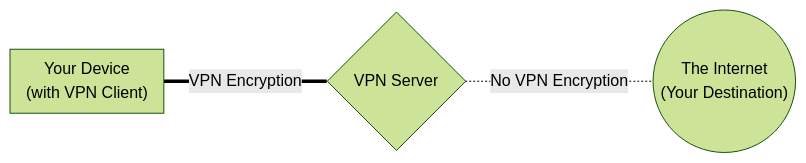
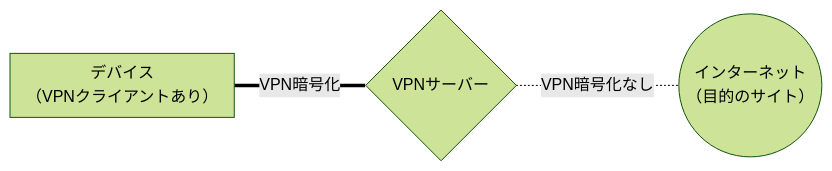
Before and after one commit to privacyguides/i18n: the diagram in i18n/ja/basics/vpn-overview.md, drawn with Mermaid (forest theme). The commit also changed other lines of this file, not shown here.

Commit message:
New Crowdin translations by GitHub Action

````diff
--- a/i18n/ja/basics/vpn-overview.md
+++ b/i18n/ja/basics/vpn-overview.md
@@ -27,7 +27,7 @@
 ``` mermaid
 flowchart LR
- 763931["Your Device<div>(with VPN Client)</div>"] ===|"VPN Encryption"| 404512{"VPN Server"}
- 404512 -.-|"No VPN Encryption"| 593753(("The Internet<div>(Your Destination)</div>"))
- subgraph 763931["Your Device<div>(with VPN Client)</div>"]
+ 763931["デバイス<div>（VPNクライアントあり）</div>"] ===|"VPN暗号化"| 404512{"VPNサーバー"}
+ 404512 -.-|"VPN暗号化なし"| 593753(("インターネット<div>（目的のサイト）</div>"))
+ subgraph 763931["デバイス<div>（VPNクライアントあり）</div>"]
  end
 ```
````
